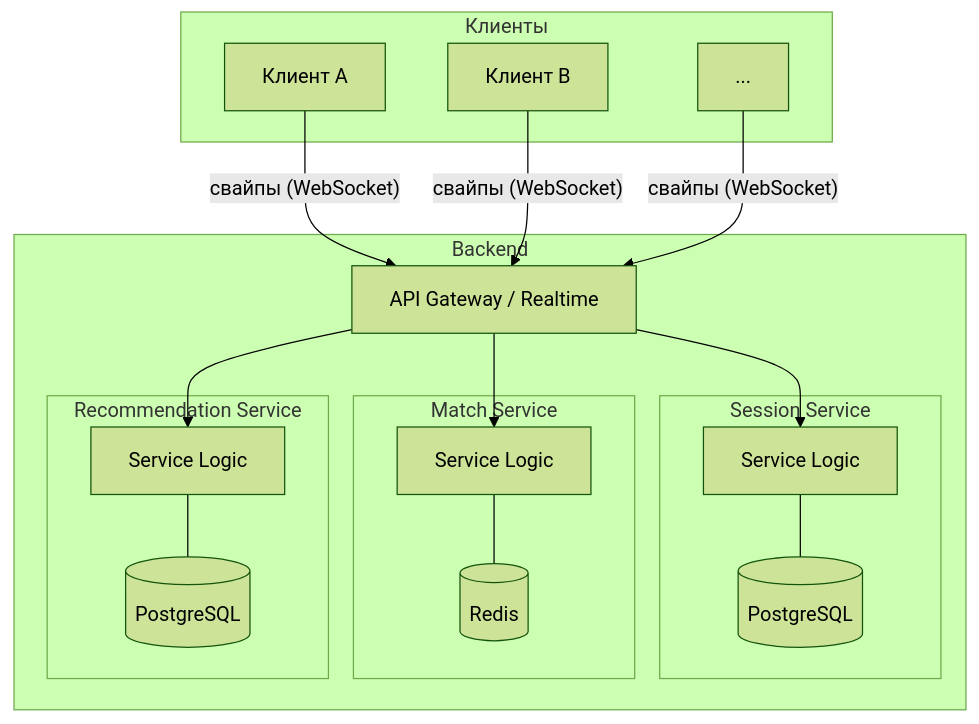
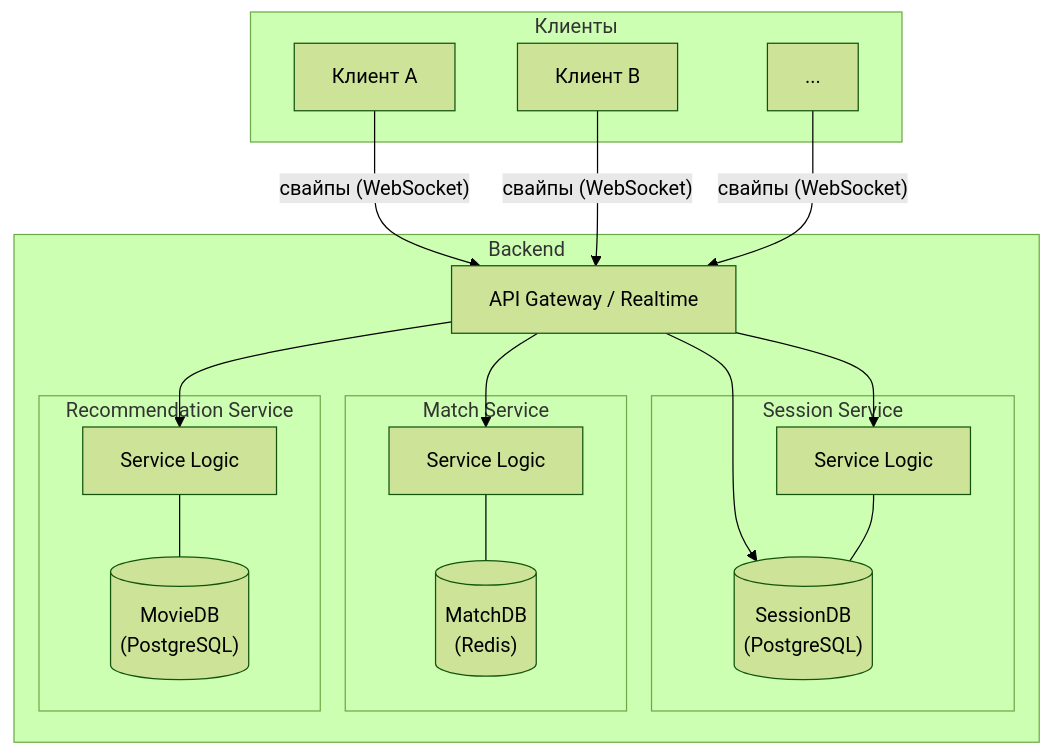
One commit to spbu-ds-practicum-2025/dodep changed the first of 6 diagrams in docs/tr.md. Above: the diagram before and after it, drawn with Mermaid (forest theme). The commit also changed other lines of this file, not shown here.

````diff
--- a/docs/tr.md
+++ b/docs/tr.md
@@ -100,39 +100,40 @@
 ```mermaid
 graph TD
   subgraph "Клиенты"
     ClientA[Клиент A]
     ClientB[Клиент B]
     ClientC[...]
   end
 
   subgraph "Backend"
     Gateway[API Gateway / Realtime]
-
+    Gateway --> SessionDB[("SessionDB<br/>(PostgreSQL)")]
     subgraph "Session Service"
       SessionSvc[Service Logic]
-      SessionDB[(PostgreSQL)]
+      
+      SessionDB[("SessionDB<br/>(PostgreSQL)")]
     end
 
     subgraph "Match Service"
       MatchSvc[Service Logic]
-      MatchDB[(Redis)]
+      MatchDB[("MatchDB<br/>(Redis)")]
     end
 
     subgraph "Recommendation Service"
       RecoSvc[Service Logic]
-      RecoDB[(PostgreSQL)]
+      RecoDB[("MovieDB<br/>(PostgreSQL)")]
     end
   end
 
   ClientA -- "свайпы (WebSocket)" --> Gateway
   ClientB -- "свайпы (WebSocket)" --> Gateway
   ClientC -- "свайпы (WebSocket)" --> Gateway
 
   Gateway --> SessionSvc
   Gateway --> MatchSvc
   Gateway --> RecoSvc
 
   SessionSvc --- SessionDB
   MatchSvc --- MatchDB
   RecoSvc --- RecoDB
 ```
````
